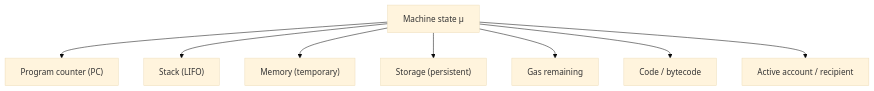
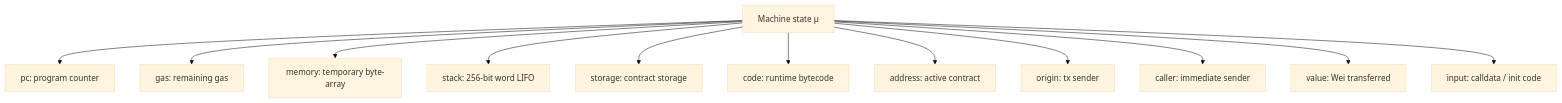
Before and after one commit to deepakraous/evm-lean4: the third of 7 diagrams in YELLOW_PAPER_MERMAID.md, drawn with Mermaid (base theme). The commit also changed other lines of this file, not shown here.

````diff
--- a/YELLOW_PAPER_MERMAID.md
+++ b/YELLOW_PAPER_MERMAID.md
@@ -170,10 +244,14 @@
 ```mermaid
 flowchart TB
-  MU["Machine state μ"] --> PC["Program counter (PC)"]
-  MU --> Stack["Stack (LIFO)"]
-  MU --> Memory["Memory (temporary)"]
-  MU --> Storage["Storage (persistent)"]
-  MU --> Gas["Gas remaining"]
-  MU --> Code["Code / bytecode"]
-  MU --> Addr["Active account / recipient"]
+  MU["Machine state μ"] --> PC["pc: program counter"]
+  MU --> Gas["gas: remaining gas"]
+  MU --> Memory["memory: temporary byte-array"]
+  MU --> Stack["stack: 256-bit word LIFO"]
+  MU --> Storage["storage: contract storage"]
+  MU --> Code["code: runtime bytecode"]
+  MU --> Addr["address: active contract"]
+  MU --> Origin["origin: tx sender"]
+  MU --> Caller["caller: immediate sender"]
+  MU --> Value["value: Wei transferred"]
+  MU --> Input["input: calldata / init code"]
 ```
````
